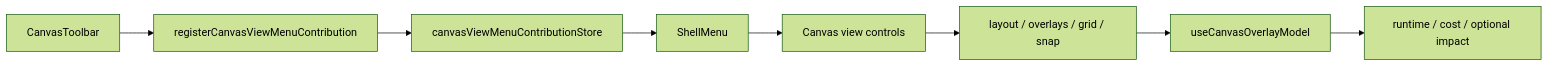
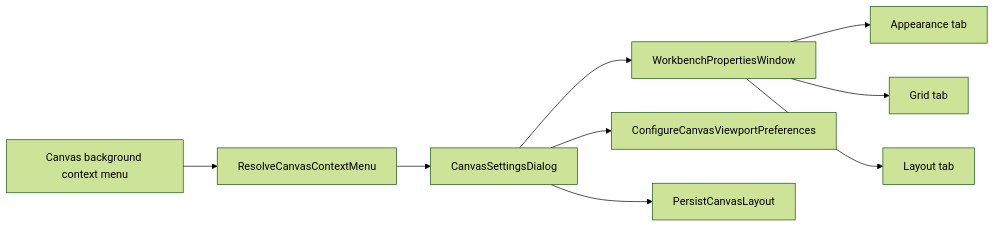
Before and after one commit to dunay2/dvt: the second of 2 diagrams in docs/architecture/components/web/graph/canvas-view-menu-component.md, drawn with Mermaid (forest theme). The commit also changed other lines of this file and 3 other files, not shown here.

Commit message:
docs(docs): Align Canvas properties governance

````diff
--- a/docs/architecture/components/web/graph/canvas-view-menu-component.md
+++ b/docs/architecture/components/web/graph/canvas-view-menu-component.md
@@ -77,10 +70,11 @@
 ```mermaid
 flowchart LR
-  CanvasToolbar["CanvasToolbar"] --> Register["registerCanvasViewMenuContribution"]
-  Register --> Store["canvasViewMenuContributionStore"]
-  Store --> ShellMenu["ShellMenu"]
-  ShellMenu --> ViewGroup["Canvas view controls"]
-  ViewGroup --> Commands["layout / overlays / grid / snap"]
-  Commands --> OverlayModel["useCanvasOverlayModel"]
-  OverlayModel --> ActiveOverlays["runtime / cost / optional impact"]
+  Context["Canvas background context menu"] --> Query["ResolveCanvasContextMenu"]
+  Query --> Adapter["CanvasSettingsDialog"]
+  Adapter --> Window["WorkbenchPropertiesWindow"]
+  Window --> Appearance["Appearance tab"]
+  Window --> Grid["Grid tab"]
+  Window --> Layout["Layout tab"]
+  Adapter --> Preferences["ConfigureCanvasViewportPreferences"]
+  Adapter --> PersistLayout["PersistCanvasLayout"]
 ```
````
